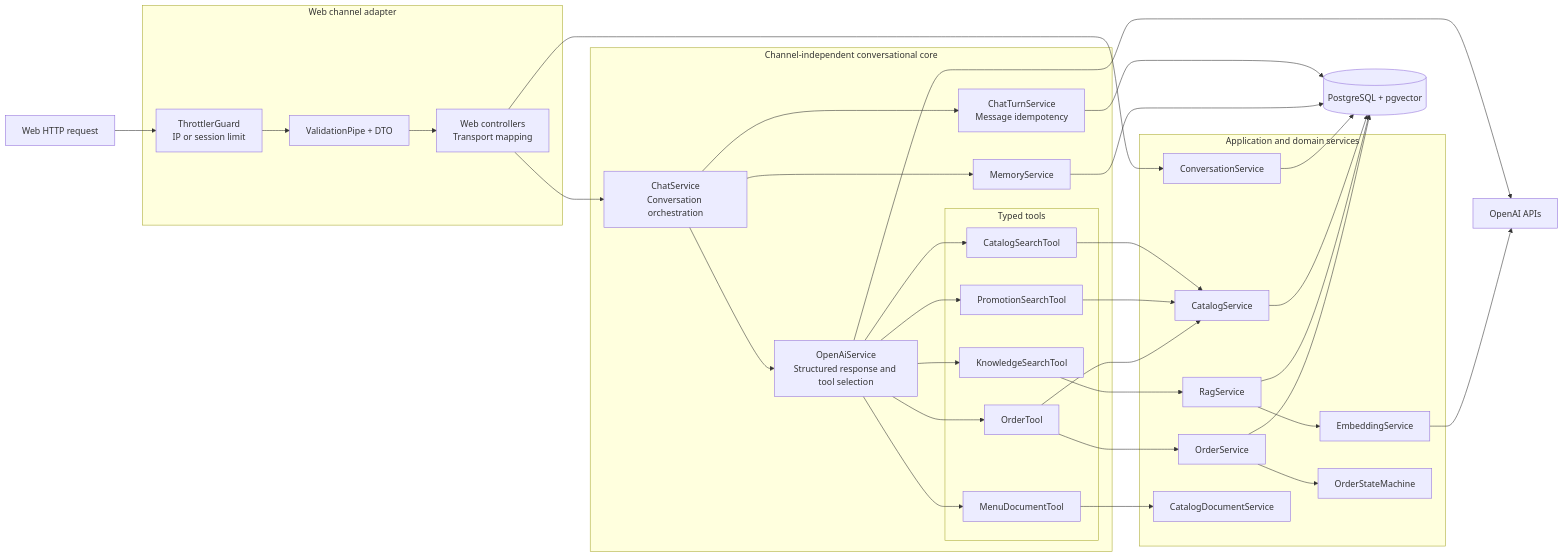
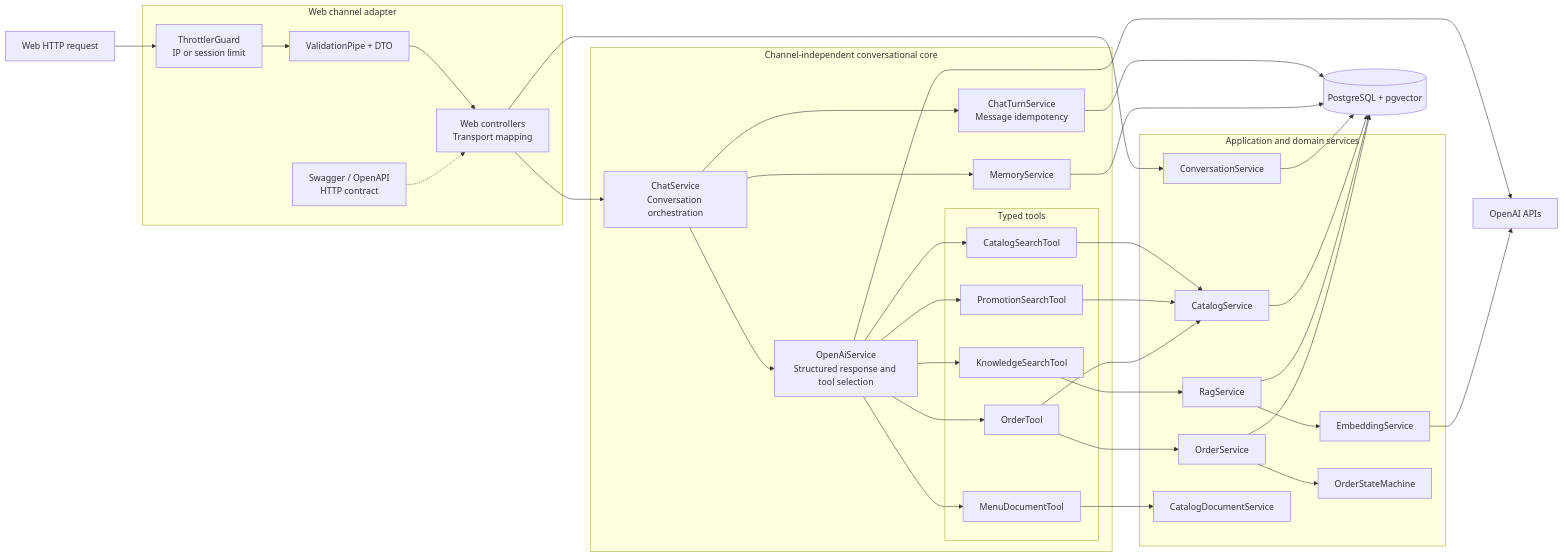
Before and after one commit to juanjosechiroque/nestjs-multichannel-ai-chatbot-engine: the third of 5 diagrams in ARCHITECTURE.md, drawn with Mermaid. The commit also changed other lines of this file and 18 other files, not shown here.

````diff
--- a/ARCHITECTURE.md
+++ b/ARCHITECTURE.md
@@ -75,53 +75,55 @@
 ```mermaid
 flowchart LR
     request["Web HTTP request"]
 
     subgraph channel["Web channel adapter"]
         limit["ThrottlerGuard<br/>IP or session limit"]
         validation["ValidationPipe + DTO"]
         controller["Web controllers<br/>Transport mapping"]
+        openapi["Swagger / OpenAPI<br/>HTTP contract"]
     end
 
     subgraph core["Channel-independent conversational core"]
         chat["ChatService<br/>Conversation orchestration"]
         turns["ChatTurnService<br/>Message idempotency"]
         provider["OpenAiService<br/>Structured response and tool selection"]
         memory["MemoryService"]
 
         subgraph tools["Typed tools"]
             catalogTool["CatalogSearchTool"]
             promotionTool["PromotionSearchTool"]
             knowledgeTool["KnowledgeSearchTool"]
             menuTool["MenuDocumentTool"]
             orderTool["OrderTool"]
         end
     end
 
     subgraph domain["Application and domain services"]
         conversation["ConversationService"]
         catalog["CatalogService"]
         rag["RagService"]
         embedding["EmbeddingService"]
         orders["OrderService"]
         state["OrderStateMachine"]
         document["CatalogDocumentService"]
     end
 
     postgres[("PostgreSQL + pgvector")]
     openai["OpenAI APIs"]
 
     request --> limit --> validation --> controller
+    openapi -.-> controller
     controller --> conversation --> postgres
     controller --> chat
     chat --> turns --> postgres
     chat --> memory --> postgres
     chat --> provider --> openai
     provider --> catalogTool --> catalog --> postgres
     provider --> promotionTool --> catalog
     provider --> knowledgeTool --> rag --> postgres
     rag --> embedding --> openai
     provider --> menuTool --> document
     provider --> orderTool --> catalog
     orderTool --> orders --> state
     orders --> postgres
 ```
````
